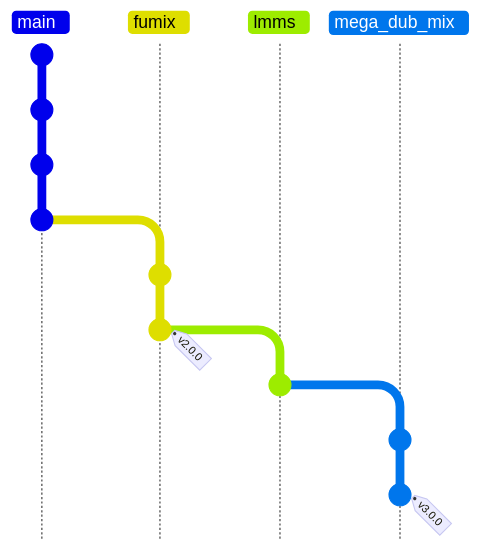
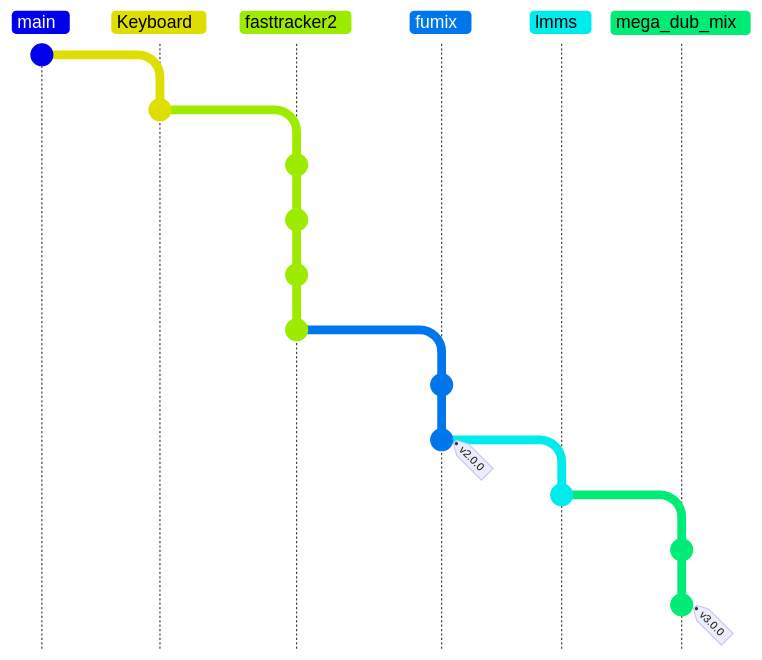
One commit to maranemil/howto changed the first of 2 diagrams in music_video/ffmpeg_effects/mpxvm/mpxvm.md. Above: the diagram before and after it, drawn with Mermaid. Commit ids are hidden.

```diff
--- a/music_video/ffmpeg_effects/mpxvm/mpxvm.md
+++ b/music_video/ffmpeg_effects/mpxvm/mpxvm.md
@@ -3,26 +3,30 @@
 ~~~mermaid
 
     %%{init: { 'logLevel': 'debug',
      'theme': 'default' ,
       'themeVariables': {
               'commitLabelColor': '#ffffff',
               'commitLabelBackground': '#000000',
               'commitLabelFontSize': '18px'
        } } }%%
 
 gitGraph TB:
+   commit id: "Beat boxing 1991"
+   branch Keyboard
+   commit id: "Keyboard 1995"
+   branch fasttracker2
    commit id: "Fasttracker2 1997"
    commit id: "SkaleTracker 2005"
    commit id: "Milkytracler 2007"
    commit id: "MPXVM 2015"
    branch fumix
    checkout fumix
    commit id: "FUMIX 2017"
    commit tag:"v2.0.0"
    branch lmms
    checkout lmms
    commit id: "LMMS 2023"
    branch mega_dub_mix
    commit id: "Mega Dub 2023"
    commit tag:"v3.0.0"
 ~~~
```
